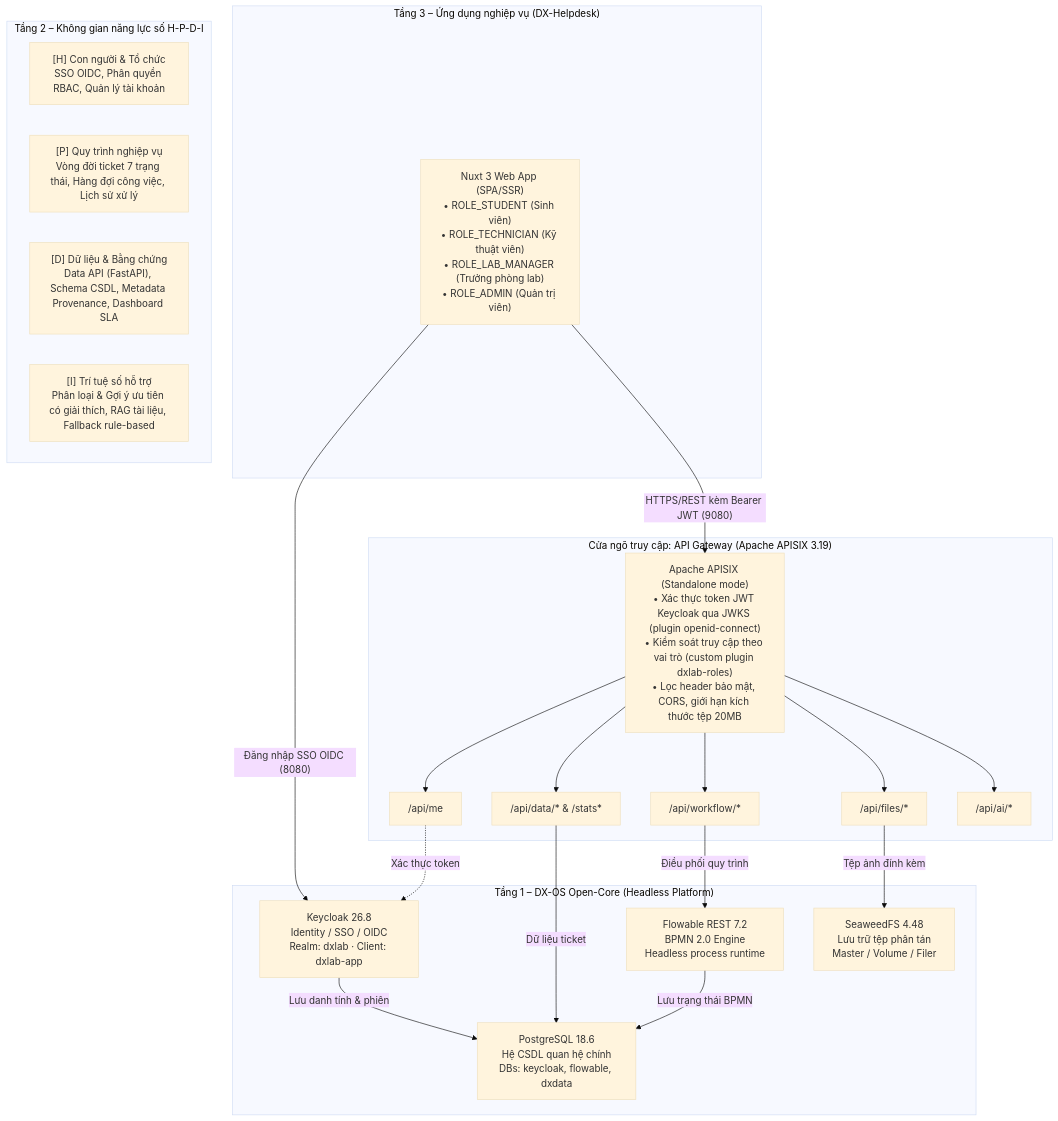
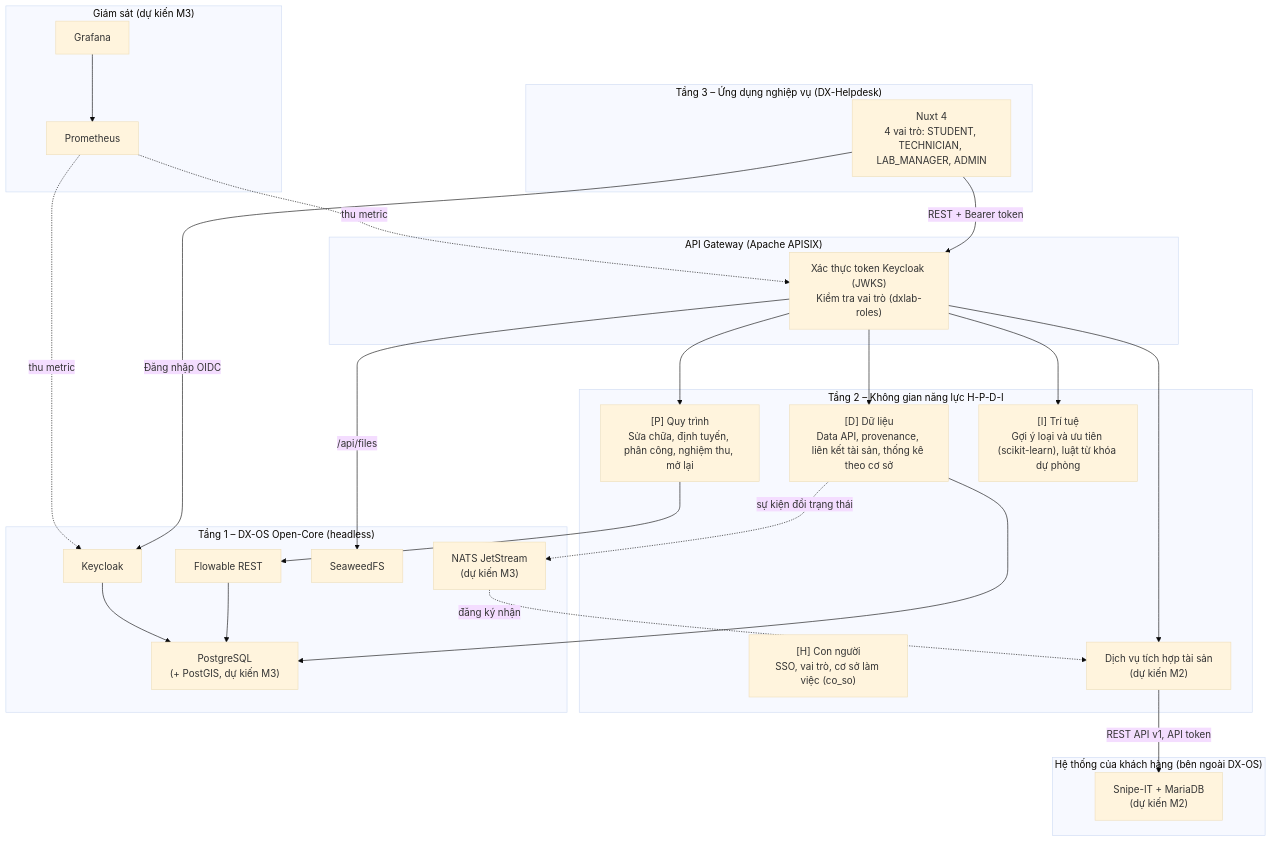
The first of 6 diagrams in docs/architecture.md (HaUI-Libre/dx-lab), drawn with Mermaid (base theme) before and after one commit. The commit also changed other lines of this file and 10 other files, not shown here.

First line of the commit message:
docs: kiến trúc tích hợp hệ thống tài sản và bảng 7 lớp (#68)

````diff
--- a/docs/architecture.md
+++ b/docs/architecture.md
@@ -18,44 +21,53 @@
 ```mermaid
 graph TD
     subgraph T3 ["Tầng 3 – Ứng dụng nghiệp vụ (DX-Helpdesk)"]
-        UI["Nuxt 3 Web App (SPA/SSR)<br/>• ROLE_STUDENT (Sinh viên)<br/>• ROLE_TECHNICIAN (Kỹ thuật viên)<br/>• ROLE_LAB_MANAGER (Trưởng phòng lab)<br/>• ROLE_ADMIN (Quản trị viên)"]
+        UI["Nuxt 4<br/>4 vai trò: STUDENT, TECHNICIAN, LAB_MANAGER, ADMIN"]
     end
 
-    subgraph T2 ["Tầng 2 – Không gian năng lực số H-P-D-I"]
-        H["[H] Con người & Tổ chức<br/>SSO OIDC, Phân quyền RBAC, Quản lý tài khoản"]
-        P["[P] Quy trình nghiệp vụ<br/>Vòng đời ticket 7 trạng thái, Hàng đợi công việc, Lịch sử xử lý"]
-        D["[D] Dữ liệu & Bằng chứng<br/>Data API (FastAPI), Schema CSDL, Metadata Provenance, Dashboard SLA"]
-        I["[I] Trí tuệ số hỗ trợ<br/>Phân loại & Gợi ý ưu tiên có giải thích, RAG tài liệu, Fallback rule-based"]
+    subgraph T2 ["Tầng 2 – Không gian năng lực H-P-D-I"]
+        H["[H] Con người<br/>SSO, vai trò, cơ sở làm việc (co_so)"]
+        P["[P] Quy trình<br/>Sửa chữa, định tuyến, phân công, nghiệm thu, mở lại"]
+        D["[D] Dữ liệu<br/>Data API, provenance, liên kết tài sản, thống kê theo cơ sở"]
+        I["[I] Trí tuệ<br/>Gợi ý loại và ưu tiên (scikit-learn), luật từ khóa dự phòng"]
+        ASSET["Dịch vụ tích hợp tài sản<br/>(dự kiến M2)"]
     end
 
-    subgraph GW ["Cửa ngõ truy cập: API Gateway (Apache APISIX 3.19)"]
-        APISIX["Apache APISIX (Standalone mode)<br/>• Xác thực token JWT Keycloak qua JWKS (plugin openid-connect)<br/>• Kiểm soát truy cập theo vai trò (custom plugin dxlab-roles)<br/>• Lọc header bảo mật, CORS, giới hạn kích thước tệp 20MB"]
-        R_ME["/api/me"]
-        R_DATA["/api/data/* & /stats*"]
-        R_WF["/api/workflow/*"]
-        R_FILES["/api/files/*"]
-        R_AI["/api/ai/*"]
+    subgraph GW ["API Gateway (Apache APISIX)"]
+        APISIX["Xác thực token Keycloak (JWKS)<br/>Kiểm tra vai trò (dxlab-roles)"]
     end
 
-    subgraph T1 ["Tầng 1 – DX-OS Open-Core (Headless Platform)"]
-        KC["Keycloak 26.8<br/>Identity / SSO / OIDC<br/>Realm: dxlab · Client: dxlab-app"]
-        PG["PostgreSQL 18.6<br/>Hệ CSDL quan hệ chính<br/>DBs: keycloak, flowable, dxdata"]
-        FL["Flowable REST 7.2<br/>BPMN 2.0 Engine<br/>Headless process runtime"]
-        SW["SeaweedFS 4.48<br/>Lưu trữ tệp phân tán<br/>Master / Volume / Filer"]
+    subgraph T1 ["Tầng 1 – DX-OS Open-Core (headless)"]
+        KC["Keycloak"]
+        PG["PostgreSQL<br/>(+ PostGIS, dự kiến M3)"]
+        FL["Flowable REST"]
+        SW["SeaweedFS"]
+        NATS["NATS JetStream<br/>(dự kiến M3)"]
     end
 
-    UI -->|"Đăng nhập SSO OIDC (8080)"| KC
-    UI -->|"HTTPS/REST kèm Bearer JWT (9080)"| APISIX
-    APISIX --> R_ME
-    APISIX --> R_DATA
-    APISIX --> R_WF
-    APISIX --> R_FILES
-    APISIX --> R_AI
+    subgraph EXT ["Hệ thống của khách hàng (bên ngoài DX-OS)"]
+        SNIPE["Snipe-IT + MariaDB<br/>(dự kiến M2)"]
+    end
 
-    R_ME -.->|"Xác thực token"| KC
-    R_DATA -->|"Dữ liệu ticket"| PG
-    R_WF -->|"Điều phối quy trình"| FL
-    R_FILES -->|"Tệp ảnh đính kèm"| SW
-    FL -->|"Lưu trạng thái BPMN"| PG
-    KC -->|"Lưu danh tính & phiên"| PG
+    subgraph MON ["Giám sát (dự kiến M3)"]
+        PROM["Prometheus"]
+        GRAF["Grafana"]
+    end
+
+    UI -->|"Đăng nhập OIDC"| KC
+    UI -->|"REST + Bearer token"| APISIX
+    APISIX --> D
+    APISIX --> P
+    APISIX --> I
+    APISIX --> ASSET
+    APISIX -->|"/api/files"| SW
+    D --> PG
+    P --> FL
+    FL --> PG
+    KC --> PG
+    ASSET -->|"REST API v1, API token"| SNIPE
+    D -.->|sự kiện đổi trạng thái| NATS
+    NATS -.->|đăng ký nhận| ASSET
+    PROM -.->|thu metric| APISIX
+    PROM -.->|thu metric| KC
+    GRAF --> PROM
 ```
````
